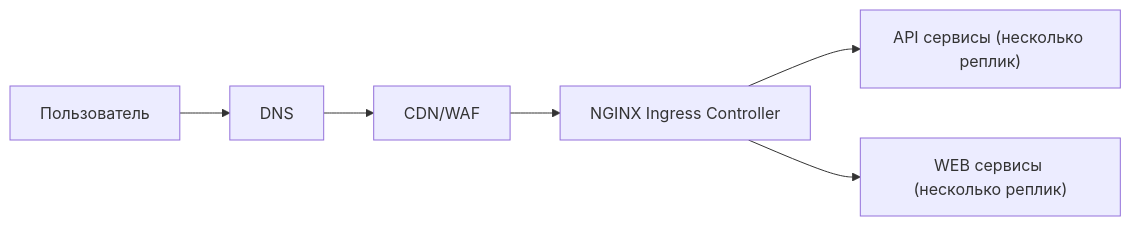
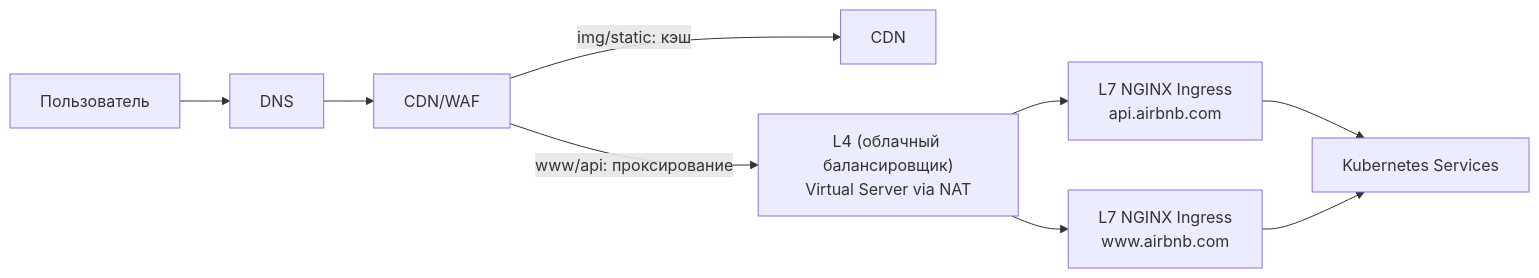
Before and after one commit to kolenkoal/Designing-High-Load-Systems: the second of 4 diagrams in README.md, drawn with Mermaid. The commit also changed other lines of this file, not shown here.

````diff
--- a/README.md
+++ b/README.md
@@ -313,8 +310,11 @@
 ```mermaid
 flowchart LR
 U[Пользователь] --> DNS[DNS]
 DNS --> EDGE[CDN/WAF]
-EDGE --> IN[NGINX Ingress Controller]
-IN --> API["API сервисы (несколько реплик)"]
-IN --> WEB["WEB сервисы (несколько реплик)"]
+EDGE -->|"img/static: кэш"| CDN_CACHE[CDN]
+EDGE -->|"www/api: проксирование"| L4["L4 (облачный балансировщик)\nVirtual Server via NAT"]
+L4 --> L7_API["L7 NGINX Ingress\napi.airbnb.com"]
+L4 --> L7_WEB["L7 NGINX Ingress\nwww.airbnb.com"]
+L7_API --> SVC["Kubernetes Services"]
+L7_WEB --> SVC
 ```
````
